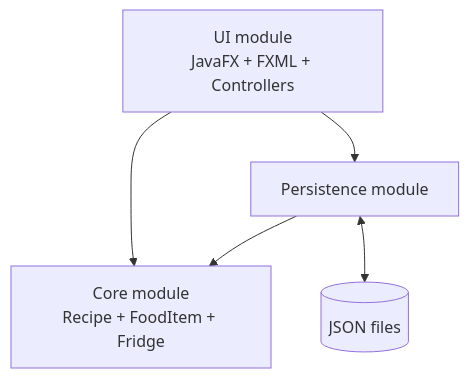
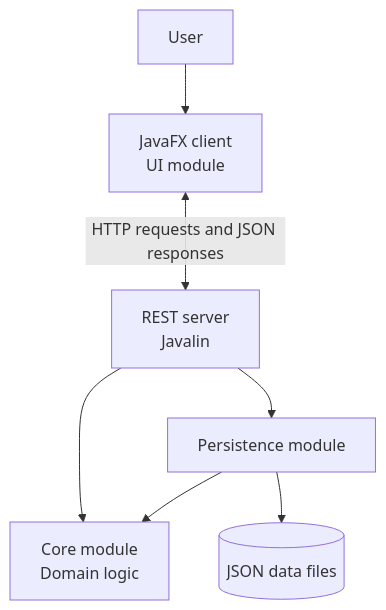
The diagram in README.md (jasmingolzari/Dinnertracker), drawn with Mermaid before and after one commit. The commit also changed other lines of this file, not shown here.

````diff
--- a/README.md
+++ b/README.md
@@ -47,12 +54,16 @@
 ```mermaid
 flowchart TD
-    UI[UI module<br/>JavaFX + FXML + Controllers]
-    CORE[Core module<br/>Recipe + FoodItem + Fridge]
+    USER[User]
+    UI[JavaFX client<br/>UI module]
+    REST[REST server<br/>Javalin]
+    CORE[Core module<br/>Domain logic]
     PERSISTENCE[Persistence module]
-    JSON[(JSON files)]
+    JSON[(JSON data files)]
 
-    UI --> CORE
-    UI --> PERSISTENCE
+    USER --> UI
+    UI <-->|HTTP requests and JSON responses| REST
+    REST --> CORE
+    REST --> PERSISTENCE
+    PERSISTENCE --> JSON
     PERSISTENCE --> CORE
-    PERSISTENCE <--> JSON
 ```
````
